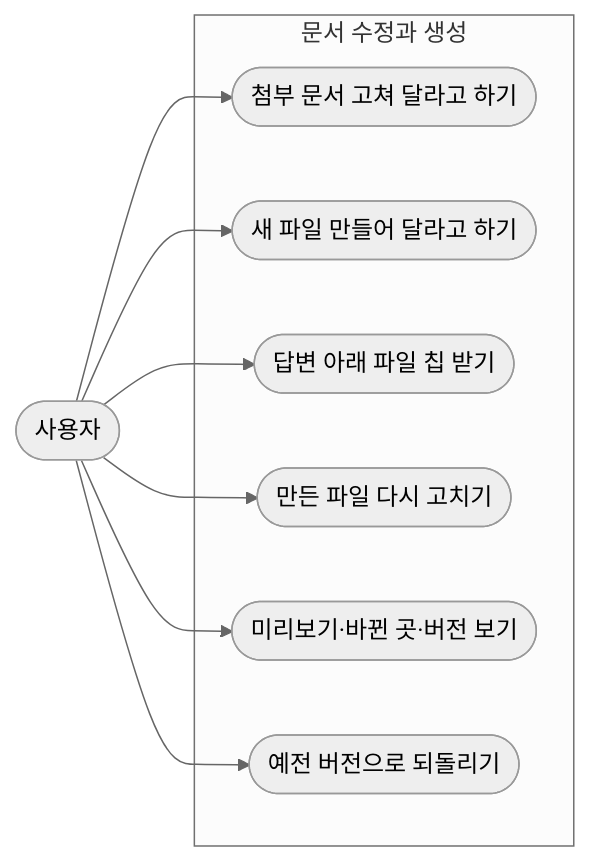
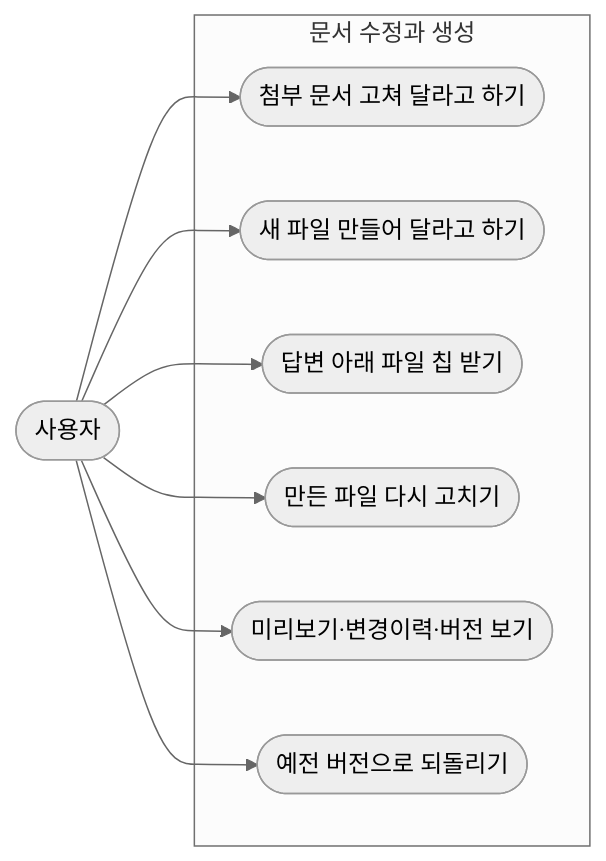
The first of 3 diagrams in docs/features/document-editing.md (okdoittttt/apogee-deck), drawn with Mermaid (neutral theme) before and after one commit. The commit also changed other lines of this file and 3 other files, not shown here.

````diff
--- a/docs/features/document-editing.md
+++ b/docs/features/document-editing.md
@@ -14,15 +14,15 @@
 ```mermaid
 flowchart LR
     user(["사용자"])
 
     subgraph system["문서 수정과 생성"]
         edit(["첨부 문서 고쳐 달라고 하기"])
         create(["새 파일 만들어 달라고 하기"])
         chip(["답변 아래 파일 칩 받기"])
         again(["만든 파일 다시 고치기"])
-        panel(["미리보기·바뀐 곳·버전 보기"])
+        panel(["미리보기·변경이력·버전 보기"])
         restore(["예전 버전으로 되돌리기"])
     end
 
     user --> edit & create & chip & again & panel & restore
 ```
````
